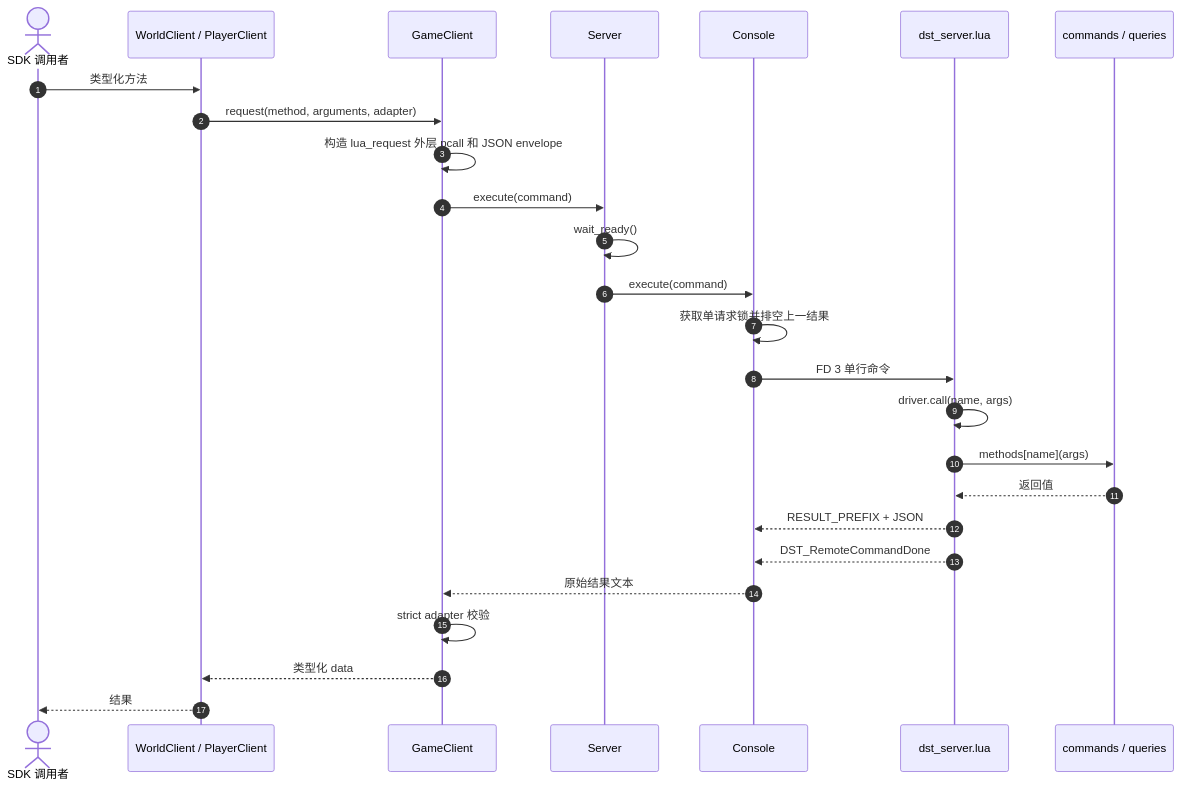
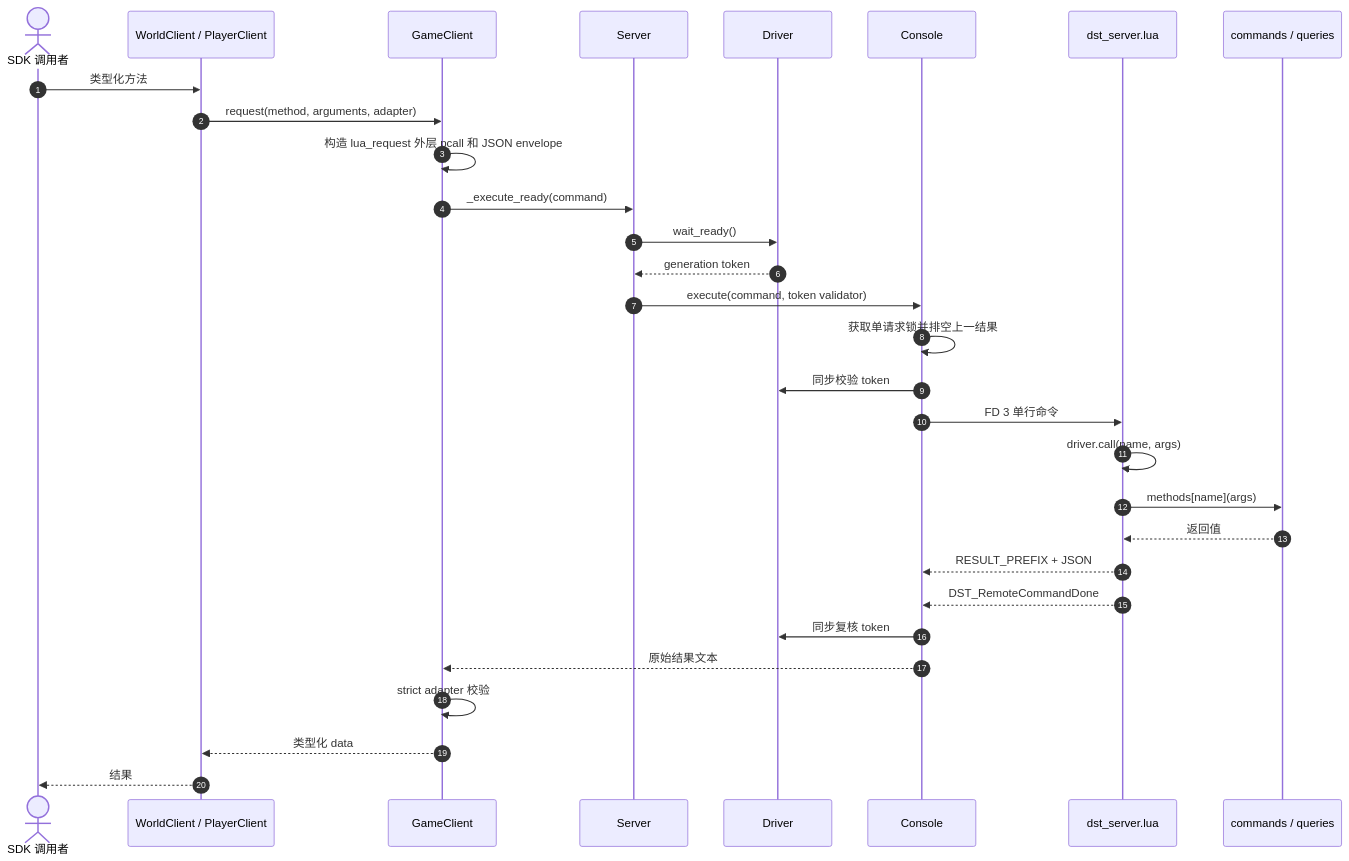
Before and after one commit to LetsStarveTogether/dst-server: the fifth of 8 diagrams in docs/python-sdk-telemetry-flow.md, drawn with Mermaid. The commit also changed other lines of this file and 7 other files, not shown here.

````diff
--- a/docs/python-sdk-telemetry-flow.md
+++ b/docs/python-sdk-telemetry-flow.md
@@ -210,29 +233,33 @@
 ```mermaid
 sequenceDiagram
     autonumber
     actor Caller as SDK 调用者
     participant Typed as WorldClient / PlayerClient
     participant Game as GameClient
     participant Server
+    participant Driver
     participant Console
     participant Lua as dst_server.lua
     participant Method as commands / queries
 
     Caller->>Typed: 类型化方法
     Typed->>Game: request(method, arguments, adapter)
     Game->>Game: 构造 lua_request 外层 pcall 和 JSON envelope
-    Game->>Server: execute(command)
-    Server->>Server: wait_ready()
-    Server->>Console: execute(command)
+    Game->>Server: _execute_ready(command)
+    Server->>Driver: wait_ready()
+    Driver-->>Server: generation token
+    Server->>Console: execute(command, token validator)
     Console->>Console: 获取单请求锁并排空上一结果
+    Console->>Driver: 同步校验 token
     Console->>Lua: FD 3 单行命令
     Lua->>Lua: driver.call(name, args)
     Lua->>Method: methods[name](args)
     Method-->>Lua: 返回值
     Lua-->>Console: RESULT_PREFIX + JSON
     Lua-->>Console: DST_RemoteCommandDone
+    Console->>Driver: 同步复核 token
     Console-->>Game: 原始结果文本
     Game->>Game: strict adapter 校验
     Game-->>Typed: 类型化 data
     Typed-->>Caller: 结果
 ```
````
